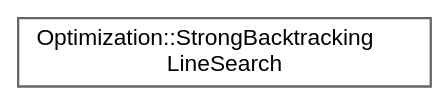
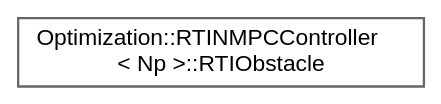
One commit to jswoo0615/Algorithms_for_Optimization_cpp changed the diagram in inherit_graph_54.dot. Above: the diagram before and after it, drawn with Graphviz. The commit also changed 80 other files, not shown here.

```diff
--- a/inherit_graph_54.dot
+++ b/inherit_graph_54.dot
@@ -1,9 +1,9 @@
 digraph "Graphical Class Hierarchy"
 {
  // LATEX_PDF_SIZE
   bgcolor="transparent";
   edge [fontname=Helvetica,fontsize=10,labelfontname=Helvetica,labelfontsize=10];
   node [fontname=Helvetica,fontsize=10,shape=box,height=0.2,width=0.4];
   rankdir="LR";
-  Node0 [id="Node000000",label="Optimization::StrongBacktracking\lLineSearch",height=0.2,width=0.4,color="grey40", fillcolor="white", style="filled",URL="$classOptimization_1_1StrongBacktrackingLineSearch.html",tooltip="[Chapter 4] Algorithm 4.3 : Strong Backtracking Line Search Armijo (충분 감소) 조건과 Strong Curvature (강한 곡..."];
+  Node0 [id="Node000000",label="Optimization::RTINMPCController\l\< Np \>::RTIObstacle",height=0.2,width=0.4,color="grey40", fillcolor="white", style="filled",URL="$structOptimization_1_1RTINMPCController_1_1RTIObstacle.html",tooltip=" "];
 }
```
